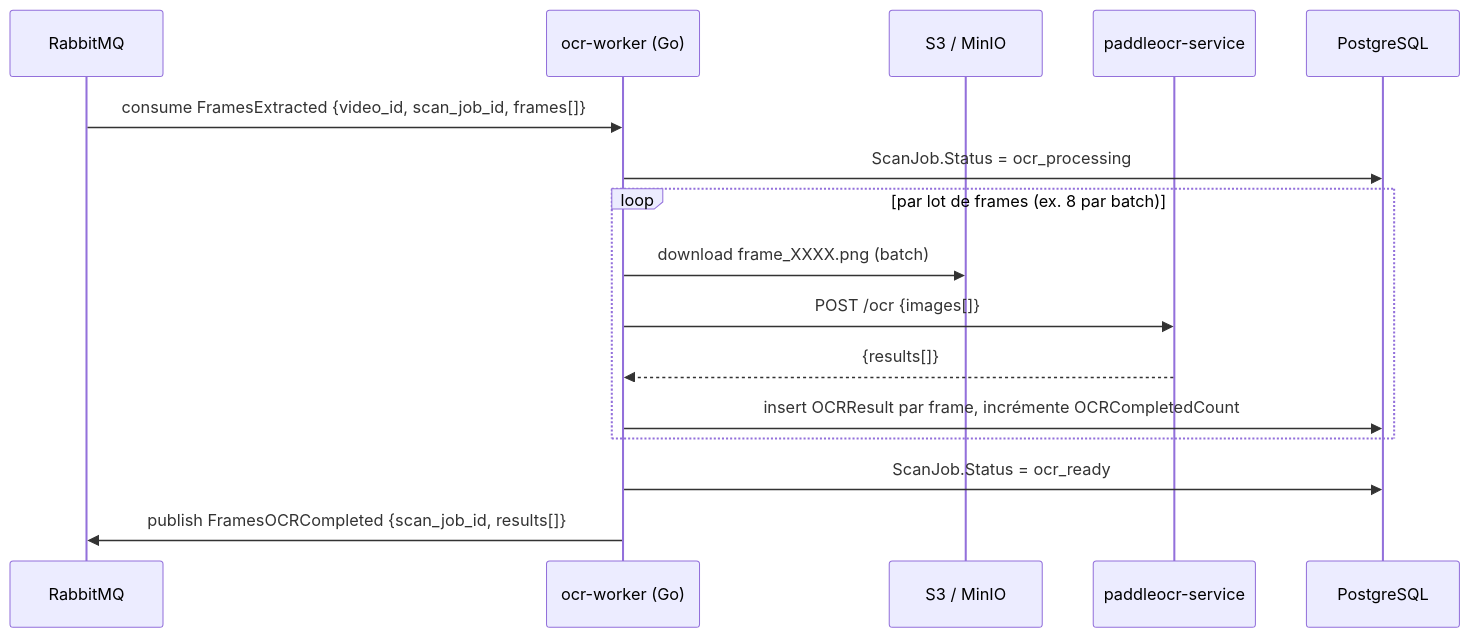
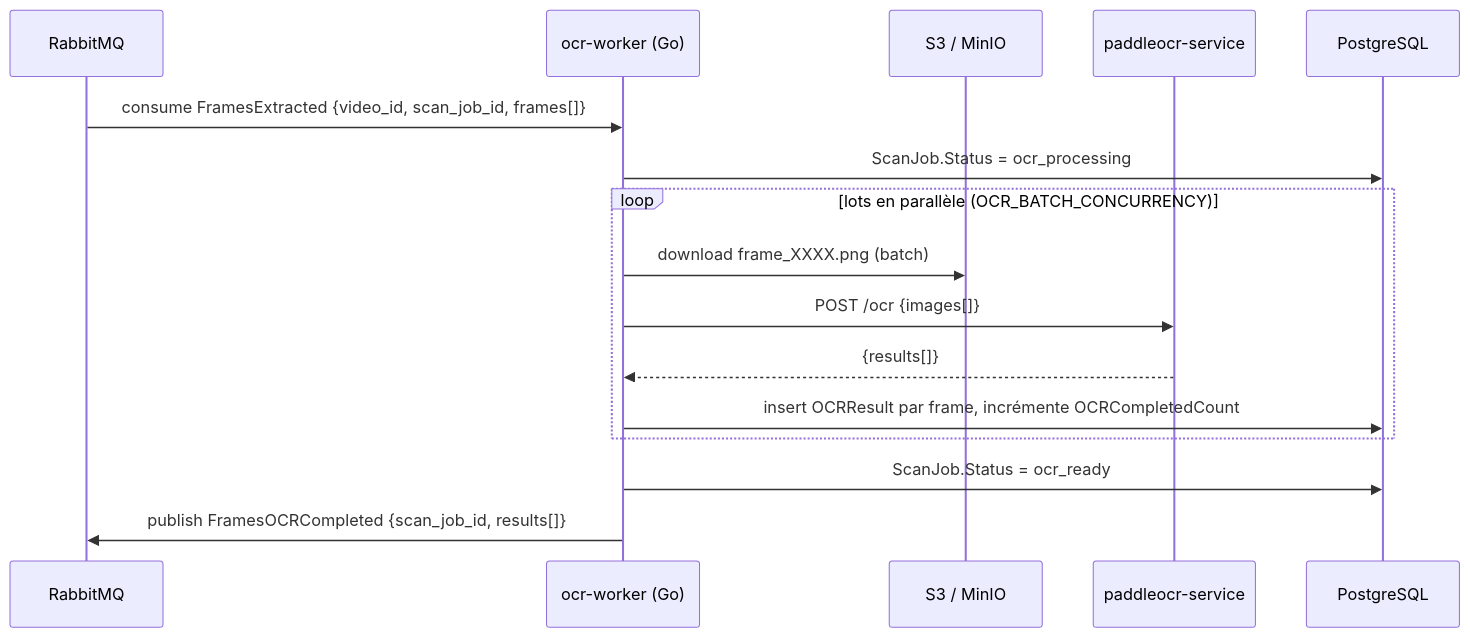
Before and after one commit to clmntgbr/leakcut-api: the third of 3 diagrams in docs/OCR_LOCAL.md, drawn with Mermaid. The commit also changed other lines of this file and 8 other files, not shown here.

````diff
--- a/docs/OCR_LOCAL.md
+++ b/docs/OCR_LOCAL.md
@@ -128,19 +128,19 @@
 ```mermaid
 sequenceDiagram
     participant MQ as RabbitMQ
     participant OCR as ocr-worker (Go)
     participant S3 as S3 / MinIO
     participant PDL as paddleocr-service
     participant DB as PostgreSQL
 
     MQ->>OCR: consume FramesExtracted {video_id, scan_job_id, frames[]}
     OCR->>DB: ScanJob.Status = ocr_processing
-    loop par lot de frames (ex. 8 par batch)
+    loop lots en parallèle (OCR_BATCH_CONCURRENCY)
         OCR->>S3: download frame_XXXX.png (batch)
         OCR->>PDL: POST /ocr {images[]}
         PDL-->>OCR: {results[]}
         OCR->>DB: insert OCRResult par frame, incrémente OCRCompletedCount
     end
     OCR->>DB: ScanJob.Status = ocr_ready
     OCR->>MQ: publish FramesOCRCompleted {scan_job_id, results[]}
 ```
````
